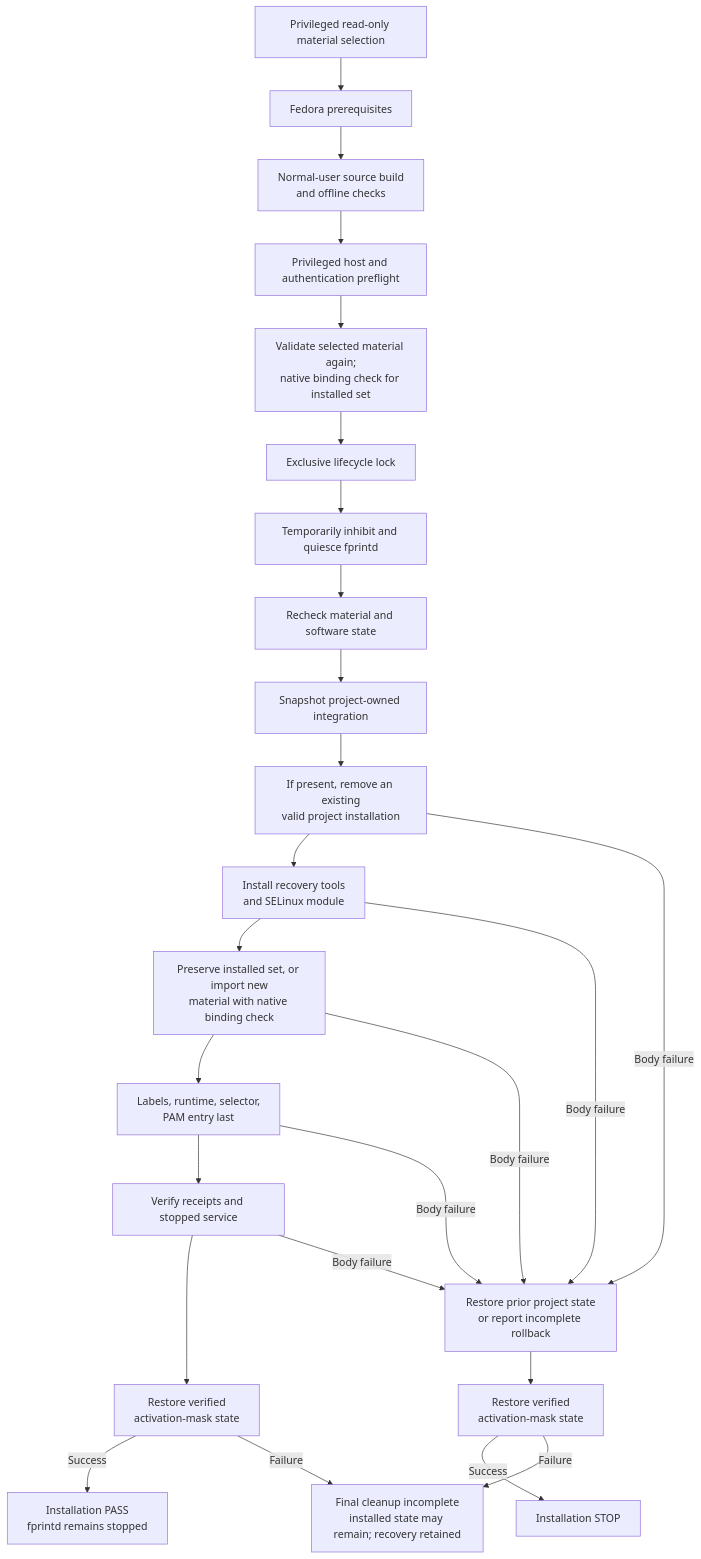
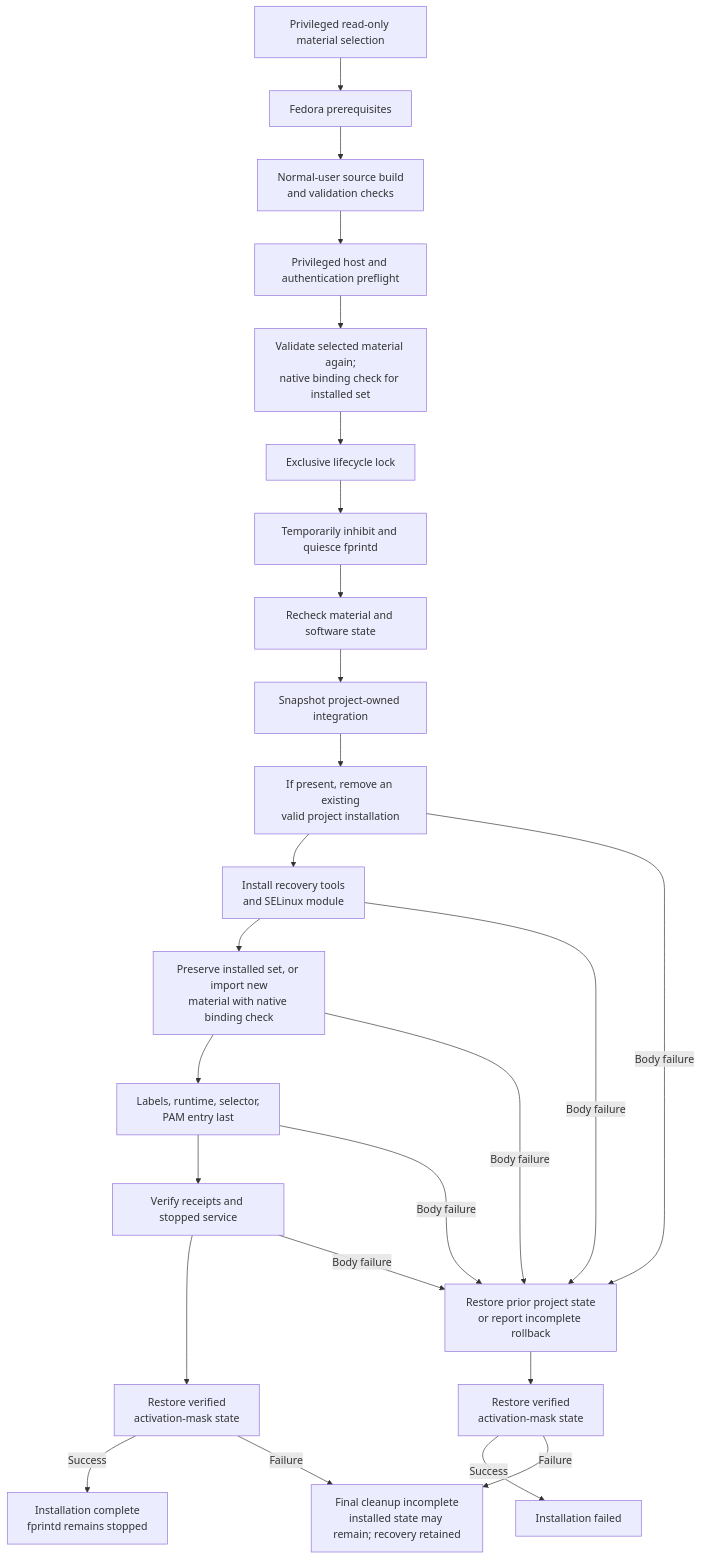
The sixth of 6 diagrams in TECHNICAL_MANUAL.md (sorguido/goodix-27c6-5125), drawn with Mermaid before and after one commit. The commit also changed other lines of this file, not shown here.

Commit message:
Update TECHNICAL_MANUAL.md to clarify Windows Material Builder functionality and improve validation descriptions

````diff
--- a/TECHNICAL_MANUAL.md
+++ b/TECHNICAL_MANUAL.md
@@ -1088,27 +1086,27 @@
 ```mermaid
 flowchart TD
     Material["Privileged read-only material selection"] --> Packages["Fedora prerequisites"]
-    Packages --> Build["Normal-user source build<br/>and offline checks"]
+    Packages --> Build["Normal-user source build<br/>and validation checks"]
     Build --> Preflight["Privileged host and authentication preflight"]
     Preflight --> Existing["Validate selected material again;<br/>native binding check for installed set"]
     Existing --> Lock["Exclusive lifecycle lock"]
     Lock --> Quiet["Temporarily inhibit and quiesce fprintd"]
     Quiet --> Recheck["Recheck material and software state"]
     Recheck --> Snapshot["Snapshot project-owned integration"]
     Snapshot --> Replace["If present, remove an existing<br/>valid project installation"]
     Replace --> Recovery["Install recovery tools<br/>and SELinux module"]
     Recovery --> Native["Preserve installed set, or import new<br/>material with native binding check"]
     Native --> Deploy["Labels, runtime, selector,<br/>PAM entry last"]
     Deploy --> Verify["Verify receipts and stopped service"]
     Verify --> ReleaseSuccess["Restore verified<br/>activation-mask state"]
-    ReleaseSuccess -- Success --> Done["Installation PASS<br/>fprintd remains stopped"]
+    ReleaseSuccess -- Success --> Done["Installation complete<br/>fprintd remains stopped"]
     ReleaseSuccess -- Failure --> Cleanup["Final cleanup incomplete<br/>installed state may remain; recovery retained"]
     Replace -- Body failure --> Rollback["Restore prior project state<br/>or report incomplete rollback"]
     Recovery -- Body failure --> Rollback
     Native -- Body failure --> Rollback
     Deploy -- Body failure --> Rollback
     Verify -- Body failure --> Rollback
     Rollback --> ReleaseFailure["Restore verified<br/>activation-mask state"]
-    ReleaseFailure -- Success --> Failed["Installation STOP"]
+    ReleaseFailure -- Success --> Failed["Installation failed"]
     ReleaseFailure -- Failure --> Cleanup
 ```
````
